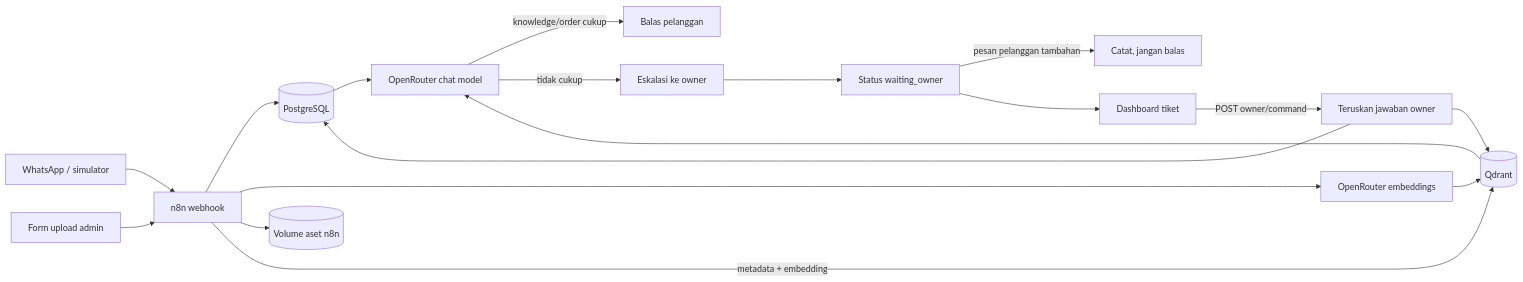
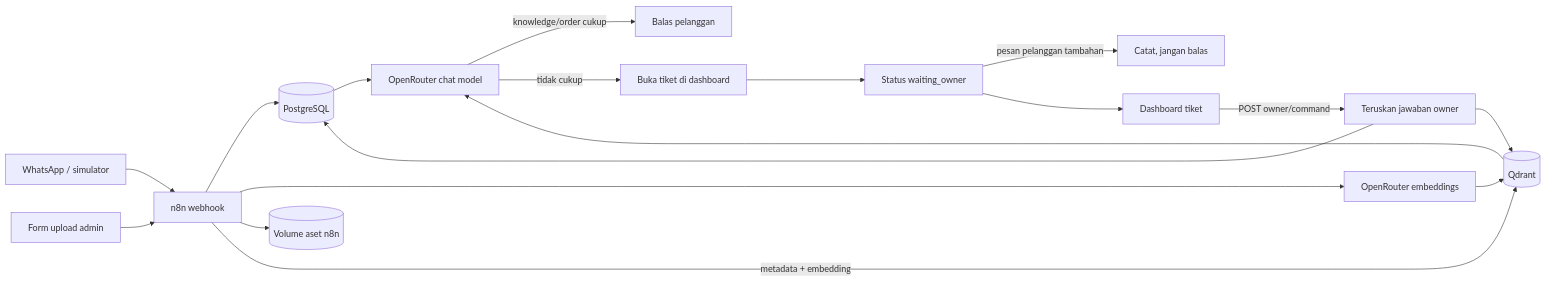
Before and after one commit to JSuryadharma/simplified-cs-bot: the diagram in README.md, drawn with Mermaid. The commit also changed other lines of this file and 5 other files, not shown here.

First line of the commit message:
Eskalasi hanya lewat dashboard, tanpa WhatsApp ke owner

````diff
--- a/README.md
+++ b/README.md
@@ -76,20 +76,20 @@
 ```mermaid
 flowchart LR
     WA[WhatsApp / simulator] --> N8N[n8n webhook]
     N8N --> DB[(PostgreSQL)]
     N8N --> EMB[OpenRouter embeddings]
     EMB --> Q[(Qdrant)]
     FORM[Form upload admin] --> N8N
     N8N --> ASSET[(Volume aset n8n)]
     N8N -->|metadata + embedding| Q
     Q --> LLM[OpenRouter chat model]
     DB --> LLM
     LLM -->|knowledge/order cukup| AUTO[Balas pelanggan]
-    LLM -->|tidak cukup| ESC[Eskalasi ke owner]
+    LLM -->|tidak cukup| ESC[Buka tiket di dashboard]
     ESC --> WAIT[Status waiting_owner]
     WAIT -->|pesan pelanggan tambahan| SILENT[Catat, jangan balas]
     DASH[Dashboard tiket] -->|POST owner/command| DIRECT[Teruskan jawaban owner]
     WAIT --> DASH
     DIRECT --> DB
     DIRECT --> Q
 ```
````
